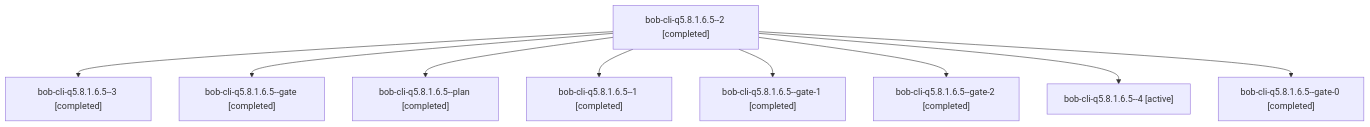
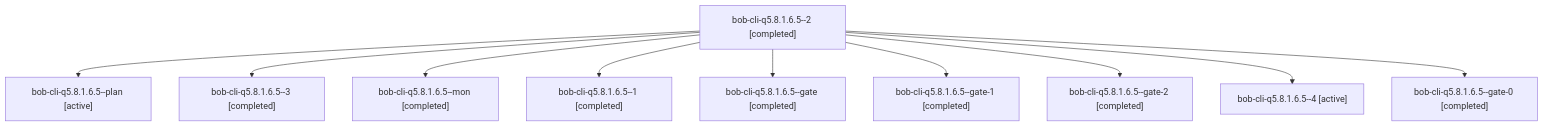
Before and after one commit to bobs-org/bob-cli--agents: the diagram in sessions/bbugyi200.athena.bob-cli-q5.8.1.6.5.md, drawn with Mermaid. The commit also changed other lines of this file and 307 other files, not shown here.

````diff
--- a/sessions/bbugyi200.athena.bob-cli-q5.8.1.6.5.md
+++ b/sessions/bbugyi200.athena.bob-cli-q5.8.1.6.5.md
@@ -9,20 +9,22 @@
 ```mermaid
 flowchart TD
   n0["bob-cli-q5.8.1.6.5--2 [completed]"]
-  n1["bob-cli-q5.8.1.6.5--3 [completed]"]
+  n1["bob-cli-q5.8.1.6.5--plan [active]"]
   n0 --> n1
-  n2["bob-cli-q5.8.1.6.5--gate [completed]"]
+  n2["bob-cli-q5.8.1.6.5--3 [completed]"]
   n0 --> n2
-  n3["bob-cli-q5.8.1.6.5--plan [completed]"]
+  n3["bob-cli-q5.8.1.6.5--mon [completed]"]
   n0 --> n3
   n4["bob-cli-q5.8.1.6.5--1 [completed]"]
   n0 --> n4
-  n5["bob-cli-q5.8.1.6.5--gate-1 [completed]"]
+  n5["bob-cli-q5.8.1.6.5--gate [completed]"]
   n0 --> n5
-  n6["bob-cli-q5.8.1.6.5--gate-2 [completed]"]
+  n6["bob-cli-q5.8.1.6.5--gate-1 [completed]"]
   n0 --> n6
-  n7["bob-cli-q5.8.1.6.5--4 [active]"]
+  n7["bob-cli-q5.8.1.6.5--gate-2 [completed]"]
   n0 --> n7
-  n8["bob-cli-q5.8.1.6.5--gate-0 [completed]"]
+  n8["bob-cli-q5.8.1.6.5--4 [active]"]
   n0 --> n8
+  n9["bob-cli-q5.8.1.6.5--gate-0 [completed]"]
+  n0 --> n9
 ```
````
